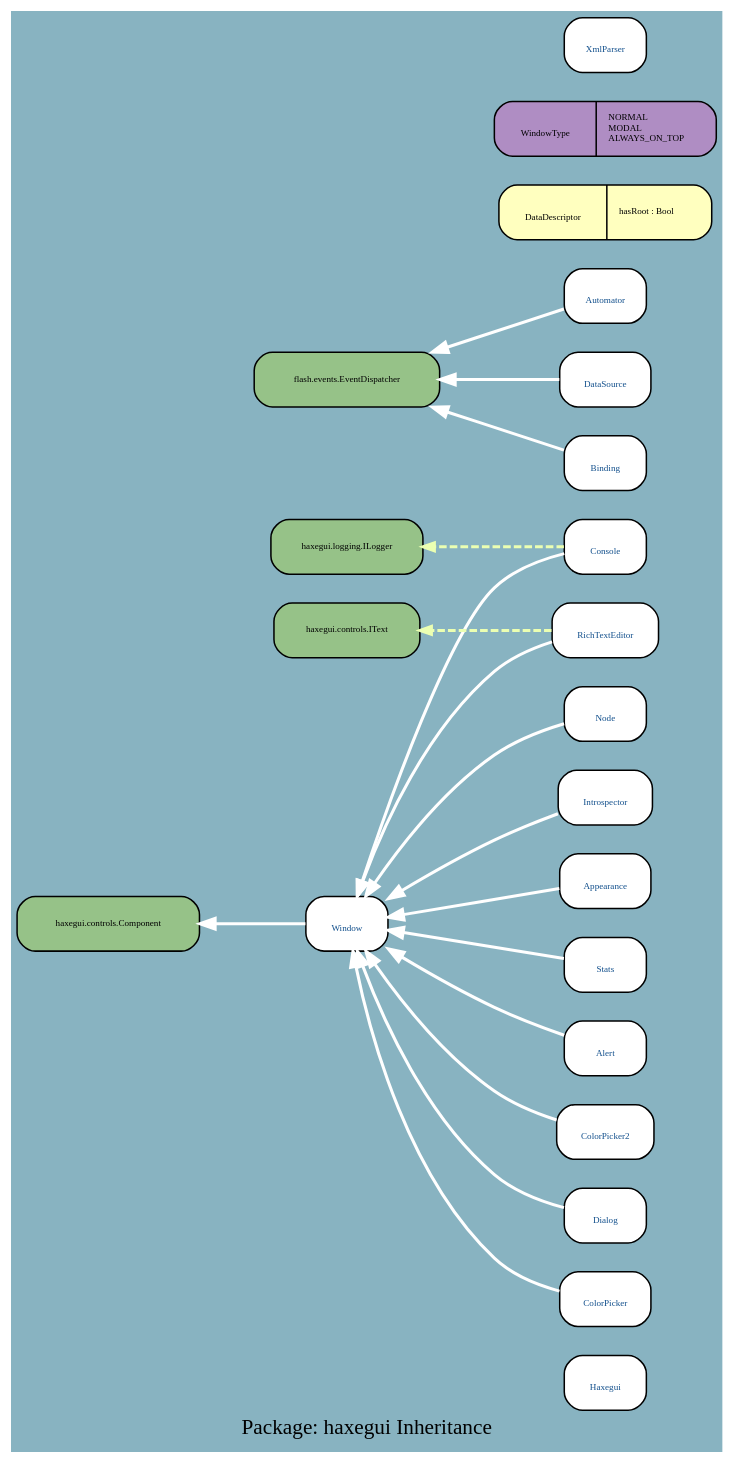
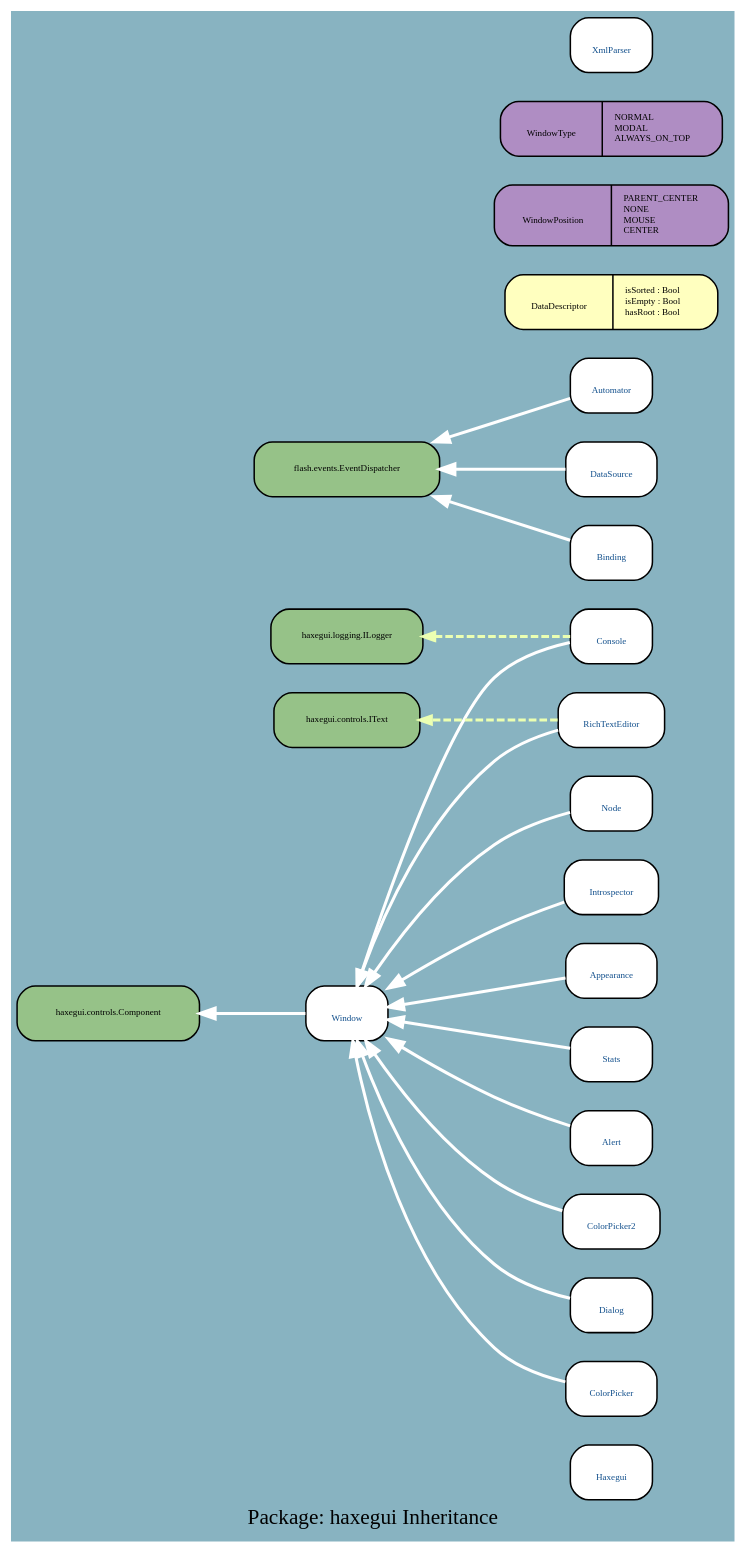
The diagram in docs/uml/haxegui_I.dot (google-code-export/haxegui), drawn with Graphviz before and after one commit. The commit also changed 246 other files, not shown here.

Commit message:
some xml, UiList, Introspector updates

```diff
--- a/docs/uml/haxegui_I.dot
+++ b/docs/uml/haxegui_I.dot
@@ -1,45 +1,46 @@
 digraph uml {
 	graph [label="Package: haxegui Inheritance", ratio=compress, rankdir=RL, smoothing=avg_dist, overlap=compress, packMode="graph", labelloc=c, fontname="DejaVu Sans Condenesed", fontsize=14, bgcolor="#88B3C1", fontcolor=black];
 	node [label="\N", style="rounded,filled", fillcolor="#96c288", fontcolor="#104E8B", fontname="FFF Harmony", fontsize=6, shape=record, color=black];
 	edge [fontname=Sans, fontsize=8, minlen="1.2", color=black, fontcolor=black];
-	graph [lp="232,12",
-		bb="0,0,464,925"];
-	"haxegui.Haxegui" [label="{\nHaxegui}", fillcolor=white, URL="../types/haxegui/Haxegui.html", tooltip="\nHaxegui", portPos=w, pos="390,43", rects="363,25,417,61", width="0.75", height="0.50"];
+	graph [lp="236,12",
+		bb="0,0,472,983"];
+	"haxegui.Haxegui" [label="{\nHaxegui}", fillcolor=white, URL="../types/haxegui/Haxegui.html", tooltip="\nHaxegui", portPos=w, pos="394,43", rects="367,25,421,61", width="0.75", height="0.50"];
 	"haxegui.Window" [label="{\nWindow}", fillcolor=white, URL="../types/haxegui/Window.html", tooltip="\nWindow", portPos=w, pos="218,340", rects="191,322,245,358", width="0.75", height="0.50"];
 	"haxegui.controls.Component" [fontcolor=black, pos="60,340", rects="0,322,120,358", width="1.67", height="0.50"];
-	"haxegui.Dialog" [label="{\nDialog}", fillcolor=white, URL="../types/haxegui/Dialog.html", tooltip="\nDialog", portPos=w, pos="390,151", rects="363,133,417,169", width="0.75", height="0.50"];
-	"haxegui.Console" [label="{\nConsole}", fillcolor=white, URL="../types/haxegui/Console.html", tooltip="\nConsole", portPos=w, pos="390,583", rects="363,565,417,601", width="0.75", height="0.50"];
+	"haxegui.Dialog" [label="{\nDialog}", fillcolor=white, URL="../types/haxegui/Dialog.html", tooltip="\nDialog", portPos=w, pos="394,151", rects="367,133,421,169", width="0.75", height="0.50"];
+	"haxegui.Console" [label="{\nConsole}", fillcolor=white, URL="../types/haxegui/Console.html", tooltip="\nConsole", portPos=w, pos="394,583", rects="367,565,421,601", width="0.75", height="0.50"];
 	"haxegui.logging.ILogger" [fontcolor=black, pos="218,583", rects="168,565,269,601", width="1.39", height="0.50"];
-	"haxegui.Automator" [label="{\nAutomator}", fillcolor=white, URL="../types/haxegui/Automator.html", tooltip="\nAutomator", portPos=w, pos="390,745", rects="363,727,418,763", width="0.75", height="0.50"];
+	"haxegui.Automator" [label="{\nAutomator}", fillcolor=white, URL="../types/haxegui/Automator.html", tooltip="\nAutomator", portPos=w, pos="394,745", rects="367,727,422,763", width="0.75", height="0.50"];
 	"flash.events.EventDispatcher" [fontcolor=black, pos="218,691", rects="157,673,280,709", width="1.69", height="0.50"];
-	"haxegui.RichTextEditor" [label="{\nRichTextEditor}", fillcolor=white, URL="../types/haxegui/RichTextEditor.html", tooltip="\nRichTextEditor", portPos=w, pos="390,529", rects="355,511,426,547", width="0.97", height="0.50"];
+	"haxegui.RichTextEditor" [label="{\nRichTextEditor}", fillcolor=white, URL="../types/haxegui/RichTextEditor.html", tooltip="\nRichTextEditor", portPos=w, pos="394,529", rects="359,511,430,547", width="0.97", height="0.50"];
 	"haxegui.controls.IText" [fontcolor=black, pos="218,529", rects="170,511,266,547", width="1.33", height="0.50"];
-	"haxegui.DataDescriptor" [label="{\nDataDescriptor|hasRoot : Bool\l}", fillcolor="#ffffbf", fontcolor=black, pos="390,799", rects="320,781,392,817 392,781,460,817", width="1.94", height="0.50"];
-	"haxegui.DataSource" [label="{\nDataSource}", fillcolor=white, URL="../types/haxegui/DataSource.html", tooltip="\nDataSource", portPos=w, pos="390,691", rects="360,673,420,709", width="0.83", height="0.50"];
-	"haxegui.WindowType" [label="{\nWindowType|NORMAL\lMODAL\lALWAYS_ON_TOP\l}", fillcolor="#af8dc3", fontcolor=black, pos="390,853", rects="317,835,380,871 380,835,464,871", width="2.03", height="0.50"];
-	"haxegui.ColorPicker" [label="{\nColorPicker}", fillcolor=white, URL="../types/haxegui/ColorPicker.html", tooltip="\nColorPicker", portPos=w, pos="390,97", rects="360,79,420,115", width="0.83", height="0.50"];
-	"haxegui.XmlParser" [label="{\nXmlParser}", fillcolor=white, URL="../types/haxegui/XmlParser.html", tooltip="\nXmlParser", portPos=w, pos="390,907", rects="363,889,417,925", width="0.75", height="0.50"];
-	"haxegui.Node" [label="{\nNode}", fillcolor=white, URL="../types/haxegui/Node.html", tooltip="\nNode", portPos=w, pos="390,475", rects="363,457,417,493", width="0.75", height="0.50"];
-	"haxegui.Introspector" [label="{\nIntrospector}", fillcolor=white, URL="../types/haxegui/Introspector.html", tooltip="\nIntrospector", portPos=w, pos="390,421", rects="359,403,421,439", width="0.86", height="0.50"];
-	"haxegui.Appearance" [label="{\nAppearance}", fillcolor=white, URL="../types/haxegui/Appearance.html", tooltip="\nAppearance", portPos=w, pos="390,367", rects="360,349,421,385", width="0.83", height="0.50"];
-	"haxegui.Stats" [label="{\nStats}", fillcolor=white, URL="../types/haxegui/Stats.html", tooltip="\nStats", portPos=w, pos="390,313", rects="363,295,417,331", width="0.75", height="0.50"];
-	"haxegui.Binding" [label="{\nBinding}", fillcolor=white, URL="../types/haxegui/Binding.html", tooltip="\nBinding", portPos=w, pos="390,637", rects="363,619,417,655", width="0.75", height="0.50"];
-	"haxegui.Alert" [label="{\nAlert}", fillcolor=white, URL="../types/haxegui/Alert.html", tooltip="\nAlert", portPos=w, pos="390,259", rects="363,241,417,277", width="0.75", height="0.50"];
-	"haxegui.ColorPicker2" [label="{\nColorPicker2}", fillcolor=white, URL="../types/haxegui/ColorPicker2.html", tooltip="\nColorPicker2", portPos=w, pos="390,205", rects="358,187,423,223", width="0.89", height="0.50"];
+	"haxegui.DataDescriptor" [label="{\nDataDescriptor|isSorted : Bool\lisEmpty : Bool\lhasRoot : Bool\l}", fillcolor="#ffffbf", fontcolor=black, pos="394,799", rects="324,781,396,817 396,781,465,817", width="1.94", height="0.50"];
+	"haxegui.DataSource" [label="{\nDataSource}", fillcolor=white, URL="../types/haxegui/DataSource.html", tooltip="\nDataSource", portPos=w, pos="394,691", rects="364,673,424,709", width="0.83", height="0.50"];
+	"haxegui.WindowPosition" [label="{\nWindowPosition|PARENT_CENTER\lNONE\lMOUSE\lCENTER\l}", fillcolor="#af8dc3", fontcolor=black, pos="394,855", rects="317,835,390,875 390,835,472,875", width="2.14", height="0.56"];
+	"haxegui.WindowType" [label="{\nWindowType|NORMAL\lMODAL\lALWAYS_ON_TOP\l}", fillcolor="#af8dc3", fontcolor=black, pos="394,911", rects="321,893,384,929 384,893,468,929", width="2.03", height="0.50"];
+	"haxegui.ColorPicker" [label="{\nColorPicker}", fillcolor=white, URL="../types/haxegui/ColorPicker.html", tooltip="\nColorPicker", portPos=w, pos="394,97", rects="364,79,424,115", width="0.83", height="0.50"];
+	"haxegui.XmlParser" [label="{\nXmlParser}", fillcolor=white, URL="../types/haxegui/XmlParser.html", tooltip="\nXmlParser", portPos=w, pos="394,965", rects="367,947,421,983", width="0.75", height="0.50"];
+	"haxegui.Node" [label="{\nNode}", fillcolor=white, URL="../types/haxegui/Node.html", tooltip="\nNode", portPos=w, pos="394,475", rects="367,457,421,493", width="0.75", height="0.50"];
+	"haxegui.Introspector" [label="{\nIntrospector}", fillcolor=white, URL="../types/haxegui/Introspector.html", tooltip="\nIntrospector", portPos=w, pos="394,421", rects="363,403,425,439", width="0.86", height="0.50"];
+	"haxegui.Appearance" [label="{\nAppearance}", fillcolor=white, URL="../types/haxegui/Appearance.html", tooltip="\nAppearance", portPos=w, pos="394,367", rects="364,349,425,385", width="0.83", height="0.50"];
+	"haxegui.Stats" [label="{\nStats}", fillcolor=white, URL="../types/haxegui/Stats.html", tooltip="\nStats", portPos=w, pos="394,313", rects="367,295,421,331", width="0.75", height="0.50"];
+	"haxegui.Binding" [label="{\nBinding}", fillcolor=white, URL="../types/haxegui/Binding.html", tooltip="\nBinding", portPos=w, pos="394,637", rects="367,619,421,655", width="0.75", height="0.50"];
+	"haxegui.Alert" [label="{\nAlert}", fillcolor=white, URL="../types/haxegui/Alert.html", tooltip="\nAlert", portPos=w, pos="394,259", rects="367,241,421,277", width="0.75", height="0.50"];
+	"haxegui.ColorPicker2" [label="{\nColorPicker2}", fillcolor=white, URL="../types/haxegui/ColorPicker2.html", tooltip="\nColorPicker2", portPos=w, pos="394,205", rects="362,187,427,223", width="0.89", height="0.50"];
 	"haxegui.Window" -> "haxegui.controls.Component" [color=white, style=bold, arrowhead=normal, arrowsize="1.0", pos="e,120,340 191,340 175,340 152,340 130,340"];
-	"haxegui.Dialog" -> "haxegui.Window" [color=white, style=bold, arrowhead=normal, arrowsize="1.0", pos="e,224,322 363,156 348,160 329,167 316,178 272,215 242,277 228,313"];
-	"haxegui.Console" -> "haxegui.Window" [color=white, style=bold, arrowhead=normal, arrowsize="1.0", pos="e,224,358 363,578 347,574 329,568 316,556 287,529 246,420 227,368"];
-	"haxegui.Console" -> "haxegui.logging.ILogger" [color="#ebffb2", style="dashed, bold", arrowhead=normal, arrowsize="0.75", pos="e,269,583 363,583 340,583 306,583 277,583"];
-	"haxegui.Automator" -> "flash.events.EventDispatcher" [color=white, style=bold, arrowhead=normal, arrowsize="1.0", pos="e,276,709 363,736 343,730 313,720 286,712"];
-	"haxegui.RichTextEditor" -> "haxegui.Window" [color=white, style=bold, arrowhead=normal, arrowsize="1.0", pos="e,224,358 355,521 342,517 327,511 316,502 272,465 242,403 228,367"];
-	"haxegui.RichTextEditor" -> "haxegui.controls.IText" [color="#ebffb2", style="dashed, bold", arrowhead=normal, arrowsize="0.75", pos="e,266,529 355,529 331,529 300,529 274,529"];
-	"haxegui.DataSource" -> "flash.events.EventDispatcher" [color=white, style=bold, arrowhead=normal, arrowsize="1.0", pos="e,280,691 360,691 341,691 315,691 290,691"];
-	"haxegui.ColorPicker" -> "haxegui.Window" [color=white, style=bold, arrowhead=normal, arrowsize="1.0", pos="e,221,322 360,103 345,107 328,113 316,124 260,176 233,266 223,312"];
-	"haxegui.Node" -> "haxegui.Window" [color=white, style=bold, arrowhead=normal, arrowsize="1.0", pos="e,230,358 363,468 348,464 330,457 316,448 283,426 254,390 236,366"];
-	"haxegui.Introspector" -> "haxegui.Window" [color=white, style=bold, arrowhead=normal, arrowsize="1.0", pos="e,245,357 359,411 345,407 330,401 316,394 295,385 272,372 254,362"];
-	"haxegui.Appearance" -> "haxegui.Window" [color=white, style=bold, arrowhead=normal, arrowsize="1.0", pos="e,245,344 360,362 330,358 286,351 255,346"];
-	"haxegui.Stats" -> "haxegui.Window" [color=white, style=bold, arrowhead=normal, arrowsize="1.0", pos="e,245,336 363,317 333,322 287,329 255,334"];
-	"haxegui.Binding" -> "flash.events.EventDispatcher" [color=white, style=bold, arrowhead=normal, arrowsize="1.0", pos="e,276,673 363,646 343,652 313,662 286,670"];
-	"haxegui.Alert" -> "haxegui.Window" [color=white, style=bold, arrowhead=normal, arrowsize="1.0", pos="e,245,324 363,268 349,273 331,279 316,286 295,295 272,308 254,318"];
-	"haxegui.ColorPicker2" -> "haxegui.Window" [color=white, style=bold, arrowhead=normal, arrowsize="1.0", pos="e,230,322 358,213 344,218 329,224 316,232 283,254 254,290 236,314"];
+	"haxegui.Dialog" -> "haxegui.Window" [color=white, style=bold, arrowhead=normal, arrowsize="1.0", pos="e,227,322 367,156 351,159 330,166 316,178 293,197 252,272 232,313"];
+	"haxegui.Console" -> "haxegui.Window" [color=white, style=bold, arrowhead=normal, arrowsize="1.0", pos="e,224,358 367,579 351,575 330,568 316,556 287,529 246,420 227,368"];
+	"haxegui.Console" -> "haxegui.logging.ILogger" [color="#ebffb2", style="dashed, bold", arrowhead=normal, arrowsize="0.75", pos="e,269,583 367,583 343,583 307,583 277,583"];
+	"haxegui.Automator" -> "flash.events.EventDispatcher" [color=white, style=bold, arrowhead=normal, arrowsize="1.0", pos="e,276,709 367,737 345,731 314,721 286,712"];
+	"haxegui.RichTextEditor" -> "haxegui.Window" [color=white, style=bold, arrowhead=normal, arrowsize="1.0", pos="e,227,358 359,522 344,518 328,512 316,502 293,483 252,408 232,367"];
+	"haxegui.RichTextEditor" -> "haxegui.controls.IText" [color="#ebffb2", style="dashed, bold", arrowhead=normal, arrowsize="0.75", pos="e,266,529 359,529 334,529 302,529 274,529"];
+	"haxegui.DataSource" -> "flash.events.EventDispatcher" [color=white, style=bold, arrowhead=normal, arrowsize="1.0", pos="e,280,691 364,691 344,691 316,691 290,691"];
+	"haxegui.ColorPicker" -> "haxegui.Window" [color=white, style=bold, arrowhead=normal, arrowsize="1.0", pos="e,221,322 364,102 348,106 329,112 316,124 260,176 233,266 223,312"];
+	"haxegui.Node" -> "haxegui.Window" [color=white, style=bold, arrowhead=normal, arrowsize="1.0", pos="e,230,358 367,469 351,465 331,458 316,448 282,427 253,391 236,366"];
+	"haxegui.Introspector" -> "haxegui.Window" [color=white, style=bold, arrowhead=normal, arrowsize="1.0", pos="e,245,357 363,412 348,407 331,401 316,394 295,385 272,372 254,362"];
+	"haxegui.Appearance" -> "haxegui.Window" [color=white, style=bold, arrowhead=normal, arrowsize="1.0", pos="e,245,344 364,362 333,357 287,351 255,346"];
+	"haxegui.Stats" -> "haxegui.Window" [color=white, style=bold, arrowhead=normal, arrowsize="1.0", pos="e,245,336 367,317 337,322 289,329 255,334"];
+	"haxegui.Binding" -> "flash.events.EventDispatcher" [color=white, style=bold, arrowhead=normal, arrowsize="1.0", pos="e,276,673 367,645 345,651 314,661 286,670"];
+	"haxegui.Alert" -> "haxegui.Window" [color=white, style=bold, arrowhead=normal, arrowsize="1.0", pos="e,245,324 367,267 351,272 332,279 316,286 295,295 272,308 254,318"];
+	"haxegui.ColorPicker2" -> "haxegui.Window" [color=white, style=bold, arrowhead=normal, arrowsize="1.0", pos="e,230,322 362,212 347,217 330,223 316,232 282,254 253,289 236,314"];
 }
```
